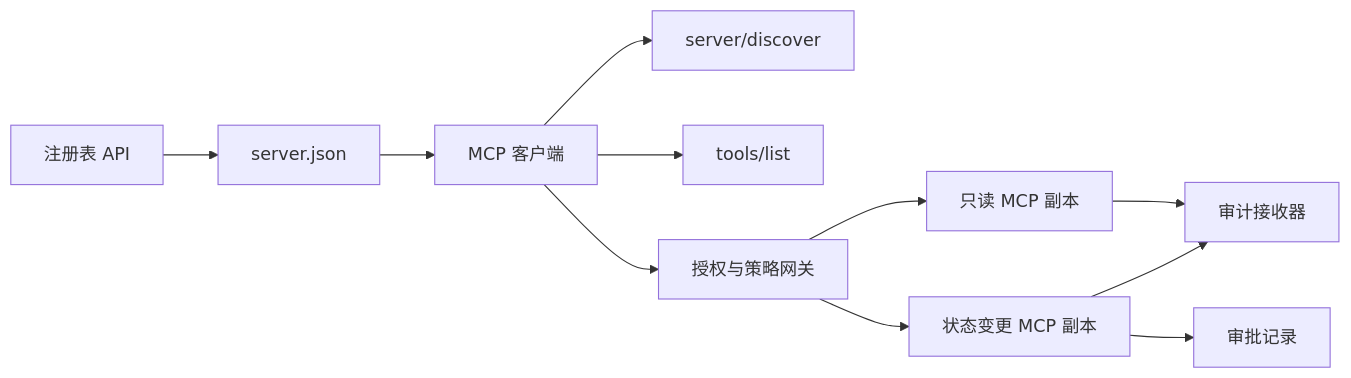
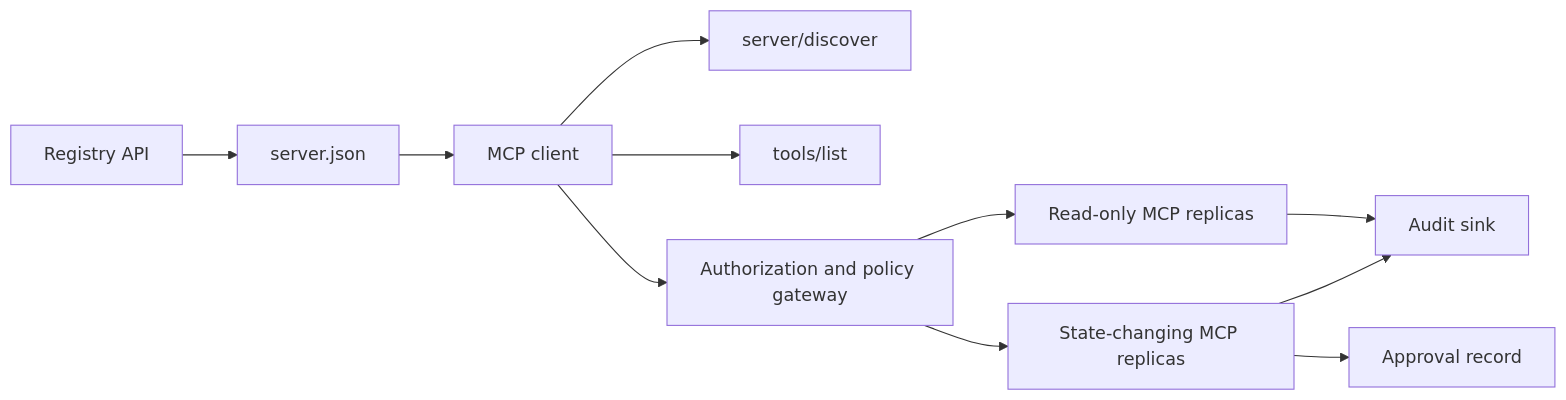
Before and after one commit to xiaojiaenen/ai-engineering-from-scratch-zh: the diagram in i18n/zh/phases/19-capstone-projects/13-mcp-server-with-registry/docs/zh.md, drawn with Mermaid. The commit also changed other lines of this file and 85 other files, not shown here.

````diff
--- a/i18n/zh/phases/19-capstone-projects/13-mcp-server-with-registry/docs/zh.md
+++ b/i18n/zh/phases/19-capstone-projects/13-mcp-server-with-registry/docs/zh.md
@@ -151,13 +151,13 @@
 ```mermaid
 flowchart LR
-  R[注册表 API] --> J[server.json]
-  J --> C[MCP 客户端]
+  R[Registry API] --> J[server.json]
+  J --> C[MCP client]
   C --> D[server/discover]
   C --> L[tools/list]
-  C --> G[授权与策略网关]
-  G --> RO[只读 MCP 副本]
-  G --> RW[状态变更 MCP 副本]
-  RO --> A[审计接收器]
-  RW --> H[审批记录]
+  C --> G[Authorization and policy gateway]
+  G --> RO[Read-only MCP replicas]
+  G --> RW[State-changing MCP replicas]
+  RO --> A[Audit sink]
+  RW --> H[Approval record]
   RW --> A
 ```
````
